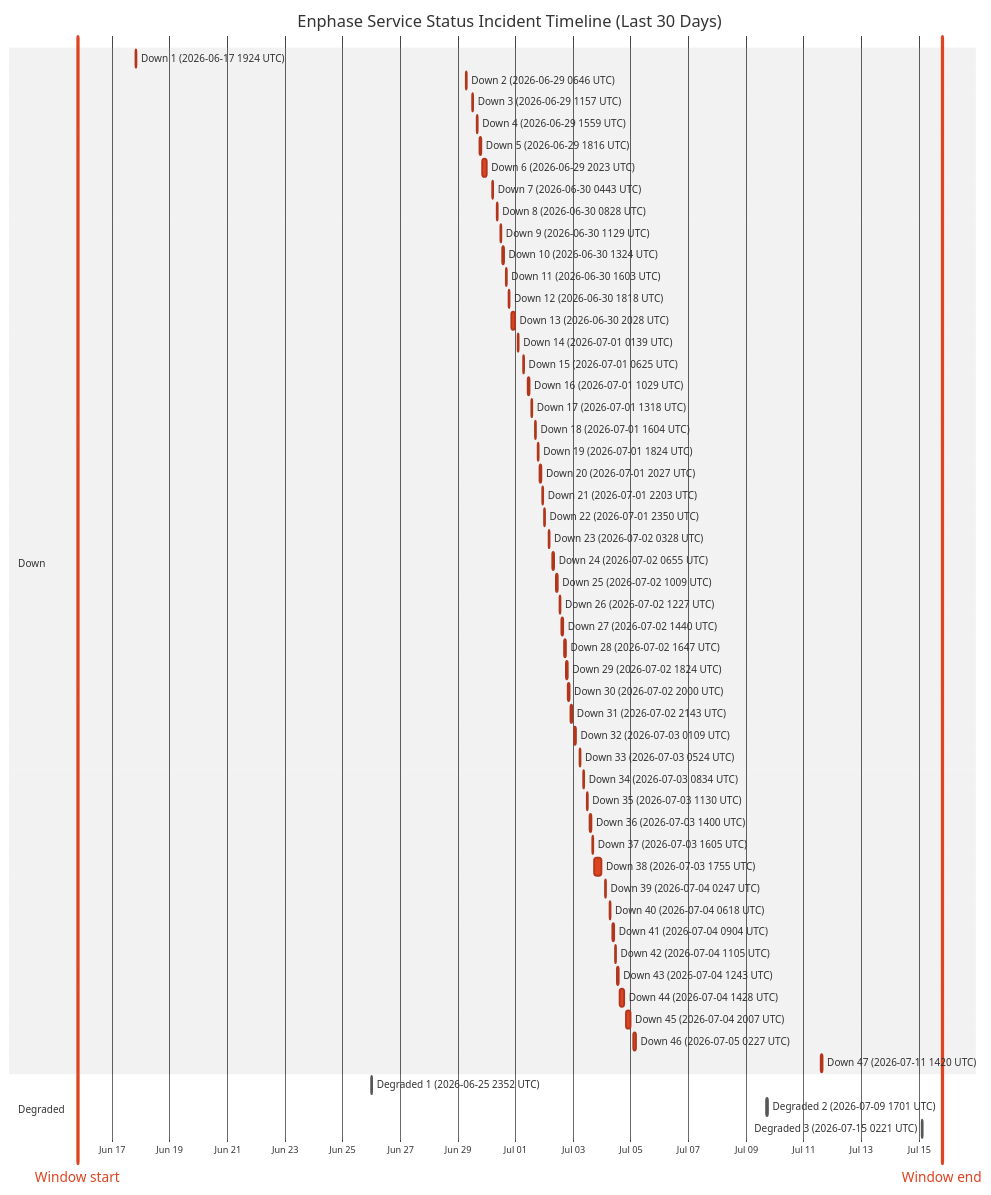
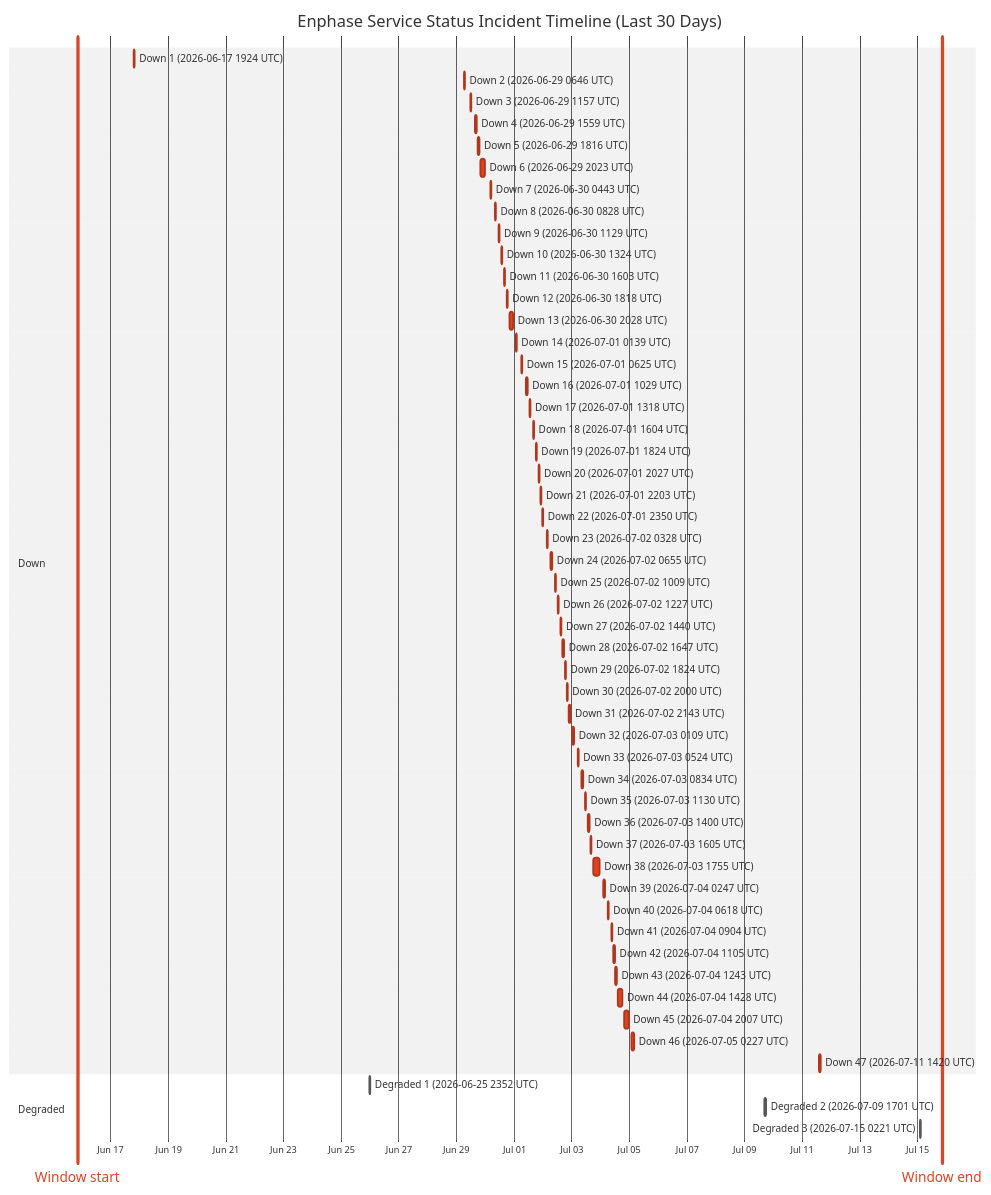
One commit to barneyonline/ha-enphase-energy changed the diagram in wiki/Service-Status-History.md. Above: the diagram before and after it, drawn with Mermaid (neutral theme). The commit also changed other lines of this file and 3 other files, not shown here.

````diff
--- a/wiki/Service-Status-History.md
+++ b/wiki/Service-Status-History.md
@@ -14,60 +14,60 @@
 ```mermaid
 gantt
     title Enphase Service Status Incident Timeline (Last 30 Days)
     dateFormat  YYYY-MM-DDTHH:mm:ss
     axisFormat  %b %d
-    Window start :vert, window-start, 2026-06-15T19:08:06, 0ms
-    Window end :vert, window-end, 2026-07-15T19:08:06, 0ms
+    Window start :vert, window-start, 2026-06-15T20:32:22, 0ms
+    Window end :vert, window-end, 2026-07-15T20:32:22, 0ms
     section Down
     Down 1 (2026-06-17 1924 UTC) :crit, down-1, 2026-06-17T19:24:51, 60m
     Down 2 (2026-06-29 0646 UTC) :crit, down-2, 2026-06-29T06:46:18, 60m
     Down 3 (2026-06-29 1157 UTC) :crit, down-3, 2026-06-29T11:57:36, 60m
     Down 4 (2026-06-29 1559 UTC) :crit, down-4, 2026-06-29T15:59:02, 60m
     Down 5 (2026-06-29 1816 UTC) :crit, down-5, 2026-06-29T18:16:38, 60m
     Down 6 (2026-06-29 2023 UTC) :crit, down-6, 2026-06-29T20:23:16, 220m
     Down 7 (2026-06-30 0443 UTC) :crit, down-7, 2026-06-30T04:43:54, 60m
     Down 8 (2026-06-30 0828 UTC) :crit, down-8, 2026-06-30T08:28:43, 60m
     Down 9 (2026-06-30 1129 UTC) :crit, down-9, 2026-06-30T11:29:15, 60m
     Down 10 (2026-06-30 1324 UTC) :crit, down-10, 2026-06-30T13:24:25, 60m
     Down 11 (2026-06-30 1603 UTC) :crit, down-11, 2026-06-30T16:03:26, 60m
     Down 12 (2026-06-30 1818 UTC) :crit, down-12, 2026-06-30T18:18:39, 60m
     Down 13 (2026-06-30 2028 UTC) :crit, down-13, 2026-06-30T20:28:54, 171m
     Down 14 (2026-07-01 0139 UTC) :crit, down-14, 2026-07-01T01:39:18, 60m
     Down 15 (2026-07-01 0625 UTC) :crit, down-15, 2026-07-01T06:25:35, 60m
     Down 16 (2026-07-01 1029 UTC) :crit, down-16, 2026-07-01T10:29:24, 60m
     Down 17 (2026-07-01 1318 UTC) :crit, down-17, 2026-07-01T13:18:31, 60m
     Down 18 (2026-07-01 1604 UTC) :crit, down-18, 2026-07-01T16:04:29, 60m
     Down 19 (2026-07-01 1824 UTC) :crit, down-19, 2026-07-01T18:24:21, 60m
     Down 20 (2026-07-01 2027 UTC) :crit, down-20, 2026-07-01T20:27:17, 60m
     Down 21 (2026-07-01 2203 UTC) :crit, down-21, 2026-07-01T22:03:46, 60m
     Down 22 (2026-07-01 2350 UTC) :crit, down-22, 2026-07-01T23:50:52, 60m
     Down 23 (2026-07-02 0328 UTC) :crit, down-23, 2026-07-02T03:28:33, 60m
     Down 24 (2026-07-02 0655 UTC) :crit, down-24, 2026-07-02T06:55:07, 60m
     Down 25 (2026-07-02 1009 UTC) :crit, down-25, 2026-07-02T10:09:15, 60m
     Down 26 (2026-07-02 1227 UTC) :crit, down-26, 2026-07-02T12:27:49, 60m
     Down 27 (2026-07-02 1440 UTC) :crit, down-27, 2026-07-02T14:40:53, 60m
     Down 28 (2026-07-02 1647 UTC) :crit, down-28, 2026-07-02T16:47:47, 60m
     Down 29 (2026-07-02 1824 UTC) :crit, down-29, 2026-07-02T18:24:26, 60m
     Down 30 (2026-07-02 2000 UTC) :crit, down-30, 2026-07-02T20:00:57, 60m
     Down 31 (2026-07-02 2143 UTC) :crit, down-31, 2026-07-02T21:43:52, 80m
     Down 32 (2026-07-03 0109 UTC) :crit, down-32, 2026-07-03T01:09:19, 60m
     Down 33 (2026-07-03 0524 UTC) :crit, down-33, 2026-07-03T05:24:23, 60m
     Down 34 (2026-07-03 0834 UTC) :crit, down-34, 2026-07-03T08:34:05, 60m
     Down 35 (2026-07-03 1130 UTC) :crit, down-35, 2026-07-03T11:30:41, 60m
     Down 36 (2026-07-03 1400 UTC) :crit, down-36, 2026-07-03T14:00:48, 60m
     Down 37 (2026-07-03 1605 UTC) :crit, down-37, 2026-07-03T16:05:49, 60m
     Down 38 (2026-07-03 1755 UTC) :crit, down-38, 2026-07-03T17:55:54, 338m
     Down 39 (2026-07-04 0247 UTC) :crit, down-39, 2026-07-04T02:47:22, 60m
     Down 40 (2026-07-04 0618 UTC) :crit, down-40, 2026-07-04T06:18:09, 60m
     Down 41 (2026-07-04 0904 UTC) :crit, down-41, 2026-07-04T09:04:41, 60m
     Down 42 (2026-07-04 1105 UTC) :crit, down-42, 2026-07-04T11:05:21, 60m
     Down 43 (2026-07-04 1243 UTC) :crit, down-43, 2026-07-04T12:43:25, 60m
     Down 44 (2026-07-04 1428 UTC) :crit, down-44, 2026-07-04T14:28:07, 243m
     Down 45 (2026-07-04 2007 UTC) :crit, down-45, 2026-07-04T20:07:50, 206m
     Down 46 (2026-07-05 0227 UTC) :crit, down-46, 2026-07-05T02:27:32, 109m
     Down 47 (2026-07-11 1420 UTC) :crit, down-47, 2026-07-11T14:20:54, 69m
     section Degraded
     Degraded 1 (2026-06-25 2352 UTC) :active, degraded-1, 2026-06-25T23:52:01, 60m
     Degraded 2 (2026-07-09 1701 UTC) :active, degraded-2, 2026-07-09T17:01:02, 60m
     Degraded 3 (2026-07-15 0221 UTC) :active, degraded-3, 2026-07-15T02:21:35, 60m
 ```
````
